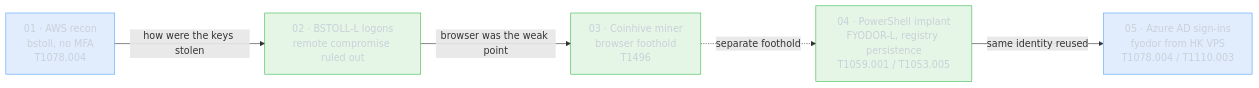
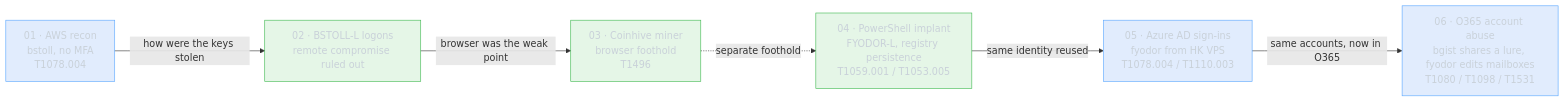
The diagram in README.md (JacobRHess/splunk-bots-hunts), drawn with Mermaid before and after one commit. The commit also changed other lines of this file and 19 other files, not shown here.

First line of the commit message:
scenario 06: O365 cloud account abuse (anonymous link + Set-Mailbox) (#14)

````diff
--- a/README.md
+++ b/README.md
@@ -16,16 +16,18 @@
 ```mermaid
 flowchart LR
     classDef cloud fill:#1f6feb22,stroke:#58a6ff,color:#c9d1d9;
     classDef host fill:#3fb95022,stroke:#3fb950,color:#c9d1d9;
 
     A["01 · AWS recon<br/>bstoll, no MFA<br/>T1078.004"]:::cloud
     B["02 · BSTOLL-L logons<br/>remote compromise ruled out"]:::host
     C["03 · Coinhive miner<br/>browser foothold<br/>T1496"]:::host
     D["04 · PowerShell implant<br/>FYODOR-L, registry persistence<br/>T1059.001 / T1053.005"]:::host
     E["05 · Azure AD sign-ins<br/>fyodor from HK VPS<br/>T1078.004 / T1110.003"]:::cloud
+    F["06 · O365 account abuse<br/>bgist shares a lure, fyodor edits mailboxes<br/>T1080 / T1098 / T1531"]:::cloud
 
     A -->|how were the keys stolen| B
     B -->|browser was the weak point| C
     C -. separate foothold .-> D
     D -->|same identity reused| E
+    E -->|same accounts, now in O365| F
 ```
````
